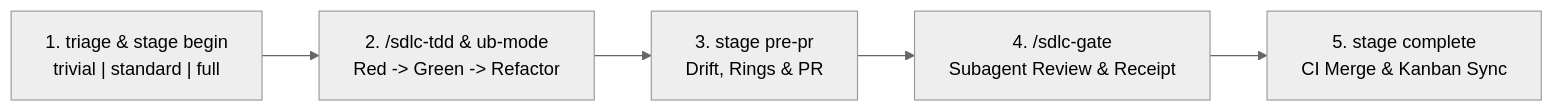
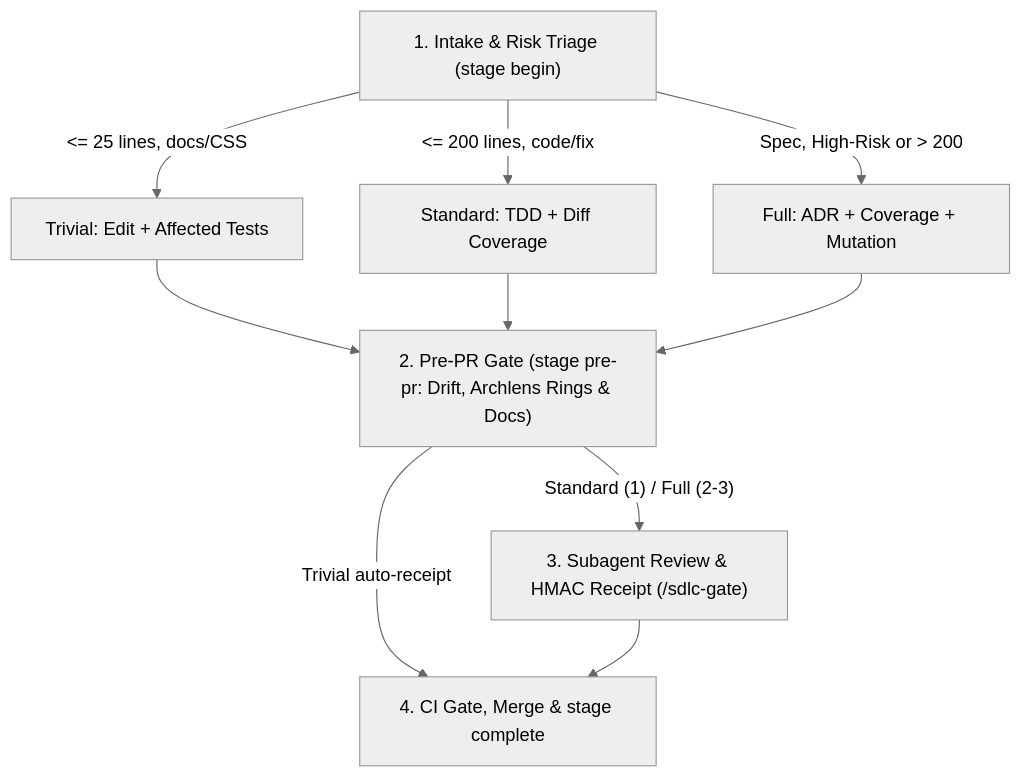
One commit to fmatar/sealit changed the diagram in README.md. Above: the diagram before and after it, drawn with Mermaid. The commit also changed other lines of this file and 66 other files, not shown here.

Commit message:
feat(sdlc): standardize on 10 canonical skills, neutral terminology, clean footers, and compact workflow diagram (#116)

````diff
--- a/README.md
+++ b/README.md
@@ -73,8 +73,17 @@
 ```mermaid
 %%{init: {'theme': 'neutral'}}%%
-flowchart LR
-    T["1. triage & stage begin\ntrivial | standard | full"] --> D["2. /sdlc-tdd & ub-mode\nRed -> Green -> Refactor"]
-    D --> P["3. stage pre-pr\nDrift, Rings & PR"]
-    P --> G["4. /sdlc-gate\nSubagent Review & Receipt"]
-    G --> C["5. stage complete\nCI Merge & Kanban Sync"]
+flowchart TD
+    Begin["1. Intake & Risk Triage (stage begin)"]
+
+    Begin -->|"<= 25 lines, docs/CSS"| L1["Trivial: Edit + Affected Tests"]
+    Begin -->|"<= 200 lines, code/fix"| L2["Standard: TDD + Diff Coverage"]
+    Begin -->|"Spec, High-Risk or > 200"| L3["Full: ADR + Coverage + Mutation"]
+
+    L1 --> PrePR["2. Pre-PR Gate (stage pre-pr: Drift, Archlens Rings & Docs)"]
+    L2 --> PrePR
+    L3 --> PrePR
+
+    PrePR -->|"Trivial auto-receipt"| Complete["4. CI Gate, Merge & stage complete"]
+    PrePR -->|"Standard (1) / Full (2-3)"| Review["3. Subagent Review & HMAC Receipt (/sdlc-gate)"]
+    Review --> Complete
 ```
````
